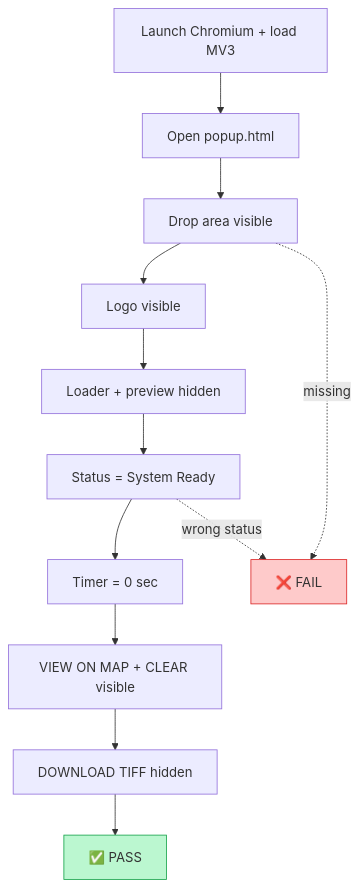
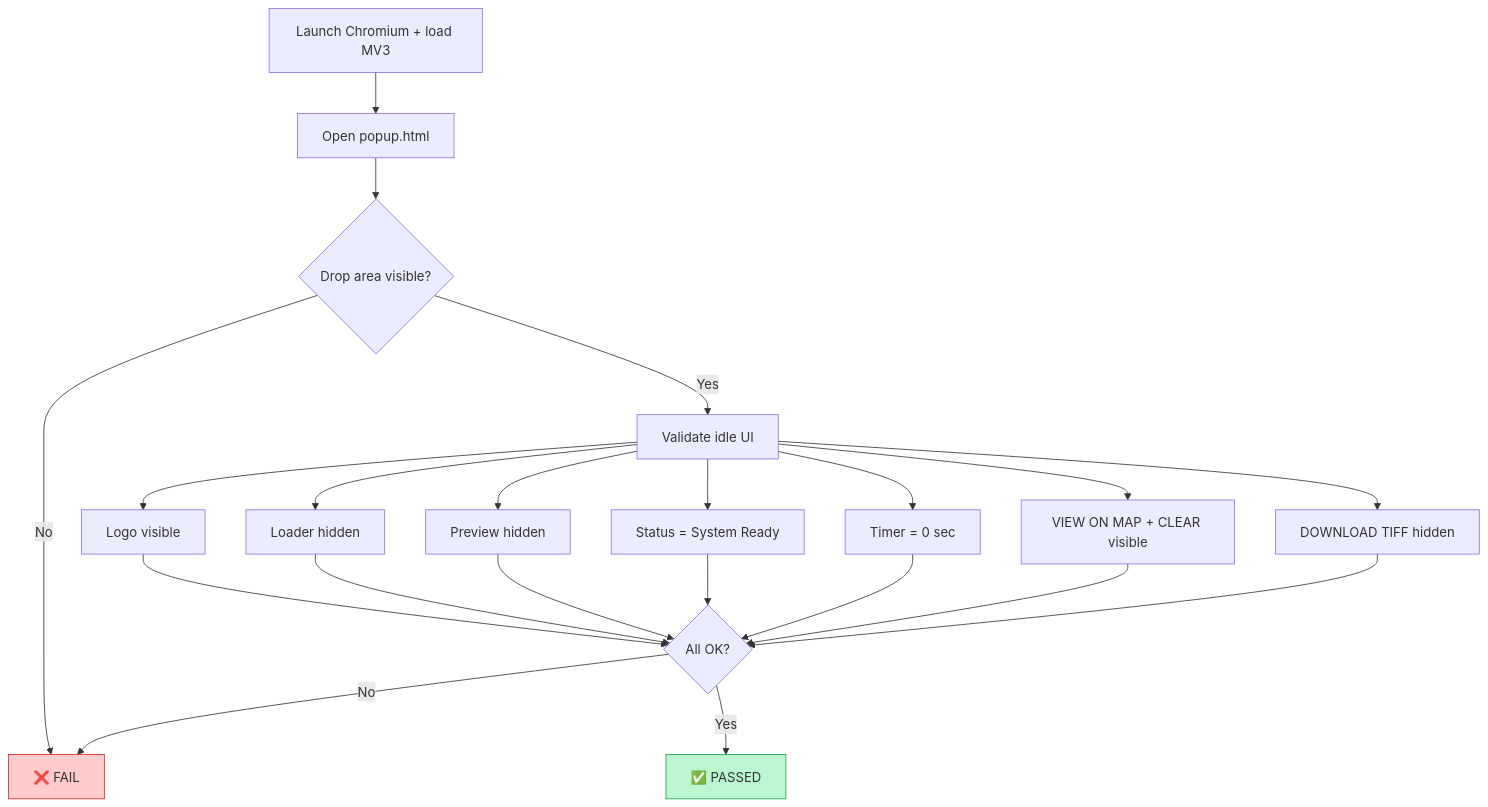
Before and after one commit to GeoWGS84-Testing/Mrsid-Extension: the fourth of 38 diagrams in README.md, drawn with Mermaid. The commit also changed other lines of this file, not shown here.

````diff
--- a/README.md
+++ b/README.md
@@ -268,17 +289,25 @@
 ```mermaid
 flowchart TD
   A[Launch Chromium + load MV3] --> B[Open popup.html]
-  B --> C[Drop area visible]
-  C --> D[Logo visible]
-  D --> E[Loader + preview hidden]
-  E --> F[Status = System Ready]
-  F --> G[Timer = 0 sec]
-  G --> H[VIEW ON MAP + CLEAR visible]
-  H --> I[DOWNLOAD TIFF hidden]
-  I --> P[✅ PASS]
-  C -.->|missing| X[❌ FAIL]
-  F -.->|wrong status| X
-
+  B --> C{Drop area visible?}
+  C -->|No| X[❌ FAIL]
+  C -->|Yes| D[Validate idle UI]
+  D --> D1[Logo visible]
+  D --> D2[Loader hidden]
+  D --> D3[Preview hidden]
+  D --> D4[Status = System Ready]
+  D --> D5[Timer = 0 sec]
+  D --> D6[VIEW ON MAP + CLEAR visible]
+  D --> D7[DOWNLOAD TIFF hidden]
+  D1 --> E{All OK?}
+  D2 --> E
+  D3 --> E
+  D4 --> E
+  D5 --> E
+  D6 --> E
+  D7 --> E
+  E -->|Yes| P[✅ PASSED]
+  E -->|No| X
   style P fill:#bbf7d0,stroke:#16a34a
   style X fill:#fecaca,stroke:#dc2626
 ```
````
